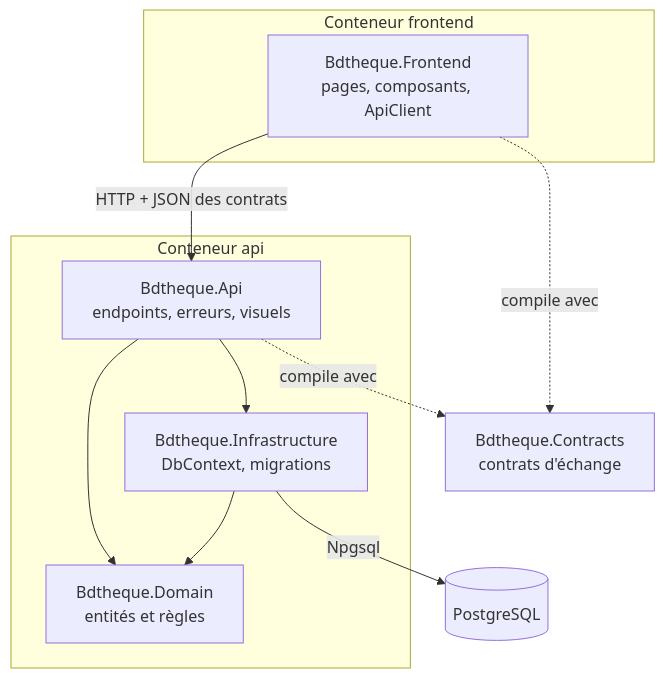
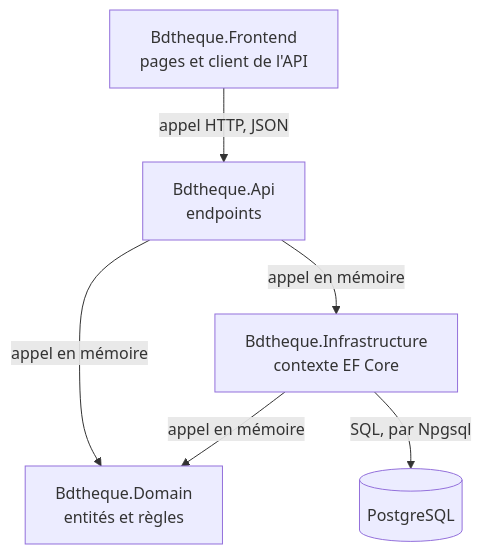
The diagram in docs/tech/architecture/projets-de-la-solution.md (Tetram76/bdtheque-claude), drawn with Mermaid before and after one commit. The commit also changed other lines of this file and 41 other files, not shown here.

````diff
--- a/docs/tech/architecture/projets-de-la-solution.md
+++ b/docs/tech/architecture/projets-de-la-solution.md
@@ -18,21 +20,14 @@
 ```mermaid
 flowchart TB
-    subgraph frontend_container["Conteneur frontend"]
-        frontend_project["Bdtheque.Frontend<br/>pages, composants, ApiClient"]
-    end
-    subgraph api_container["Conteneur api"]
-        api_project["Bdtheque.Api<br/>endpoints, erreurs, visuels"]
-        domain["Bdtheque.Domain<br/>entités et règles"]
-        infrastructure["Bdtheque.Infrastructure<br/>DbContext, migrations"]
-    end
-    contracts["Bdtheque.Contracts<br/>contrats d'échange"]
+    frontend["Bdtheque.Frontend<br/>pages et client de l'API"]
+    api["Bdtheque.Api<br/>endpoints"]
+    domain["Bdtheque.Domain<br/>entités et règles"]
+    infrastructure["Bdtheque.Infrastructure<br/>contexte EF Core"]
     db[("PostgreSQL")]
 
-    frontend_project -- "HTTP + JSON des contrats" --> api_project
-    api_project --> domain
-    api_project --> infrastructure
-    infrastructure --> domain
-    infrastructure -- "Npgsql" --> db
-    frontend_project -. "compile avec" .-> contracts
-    api_project -. "compile avec" .-> contracts
+    frontend -- "appel HTTP, JSON" --> api
+    api -- "appel en mémoire" --> domain
+    api -- "appel en mémoire" --> infrastructure
+    infrastructure -- "appel en mémoire" --> domain
+    infrastructure -- "SQL, par Npgsql" --> db
 ```
````
